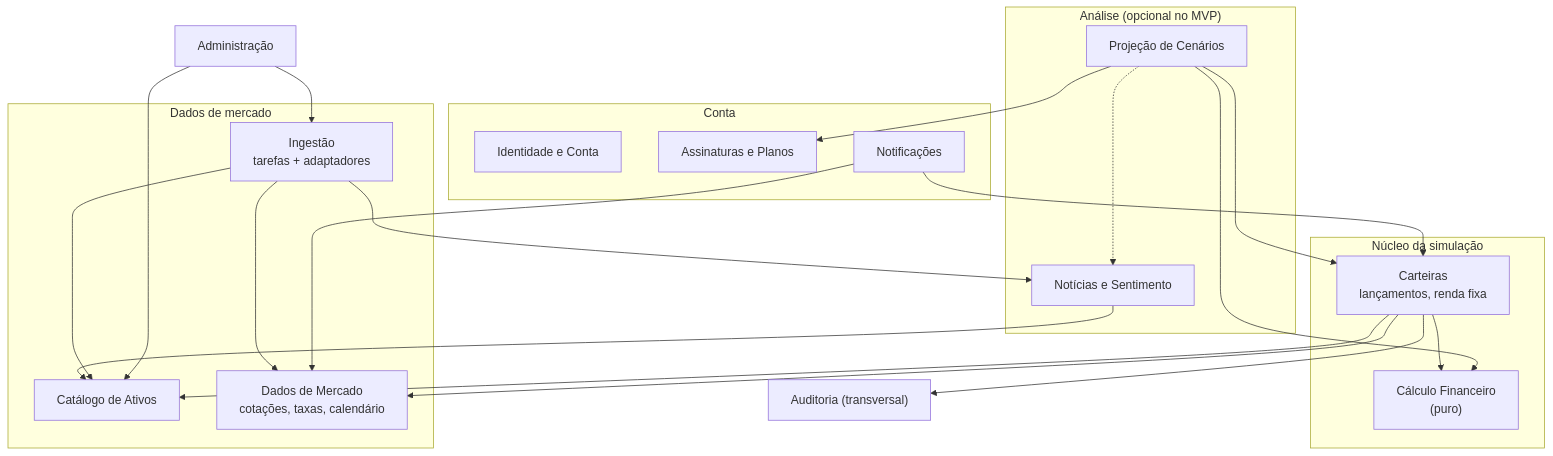
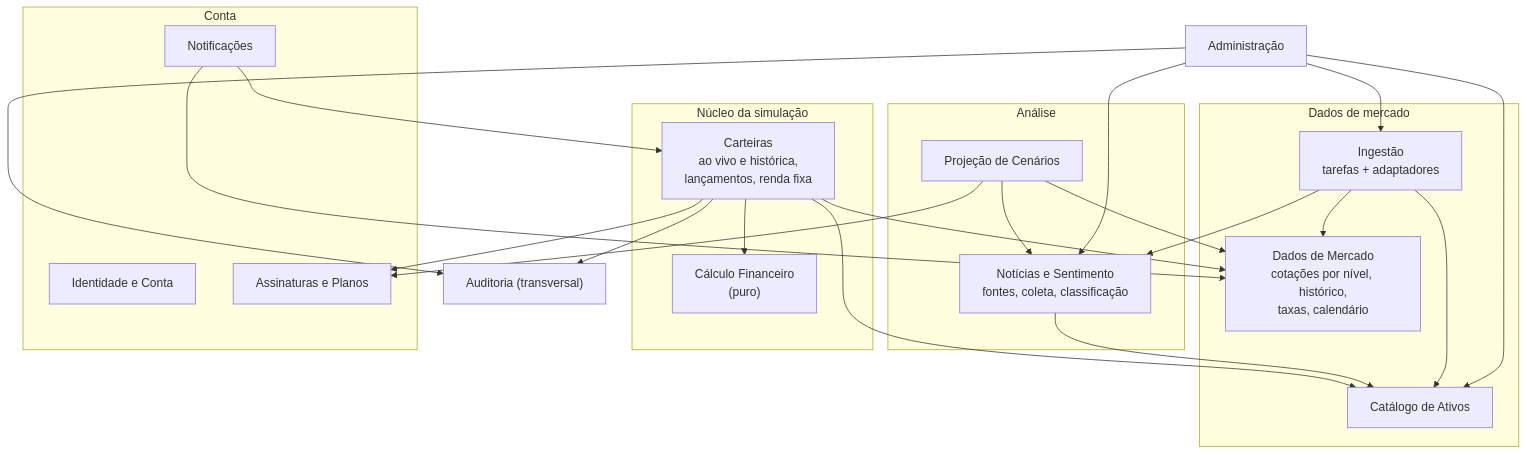
Before and after one commit to AnjiNight/Revolution-THE-BOB: the third of 9 diagrams in arquitetura.md, drawn with Mermaid. The commit also changed other lines of this file and 24 other files, not shown here.

````diff
--- a/arquitetura.md
+++ b/arquitetura.md
@@ -372,44 +206,46 @@
 ```mermaid
 flowchart TB
     subgraph Nucleo["Núcleo da simulação"]
-        CART["Carteiras<br/>lançamentos, renda fixa"]
+        CART["Carteiras<br/>ao vivo e histórica,<br/>lançamentos, renda fixa"]
         CALC["Cálculo Financeiro<br/>(puro)"]
     end
 
     subgraph Dados["Dados de mercado"]
         ATV["Catálogo de Ativos"]
-        MKT["Dados de Mercado<br/>cotações, taxas, calendário"]
+        MKT["Dados de Mercado<br/>cotações por nível, histórico,<br/>taxas, calendário"]
         ING["Ingestão<br/>tarefas + adaptadores"]
     end
 
-    subgraph Analise["Análise (opcional no MVP)"]
-        NEWS["Notícias e Sentimento"]
+    subgraph Analise["Análise"]
+        NEWS["Notícias e Sentimento<br/>fontes, coleta, classificação"]
         PROJ["Projeção de Cenários"]
     end
 
     subgraph Conta["Conta"]
         IDN["Identidade e Conta"]
         ASS["Assinaturas e Planos"]
         NTF["Notificações"]
     end
 
     ADMIN["Administração"]
     AUD["Auditoria (transversal)"]
 
     CART --> CALC
     CART --> MKT
     CART --> ATV
-    PROJ --> CALC
-    PROJ --> CART
-    PROJ -.-> NEWS
+    CART --> ASS
+    PROJ --> NEWS
+    PROJ --> MKT
+    PROJ --> ASS
     NEWS --> ATV
     ING --> MKT
     ING --> NEWS
     ING --> ATV
     ADMIN --> ATV
     ADMIN --> ING
+    ADMIN --> NEWS
     NTF --> CART
     NTF --> MKT
-    PROJ --> ASS
     CART --> AUD
+    ADMIN --> AUD
 ```
````
